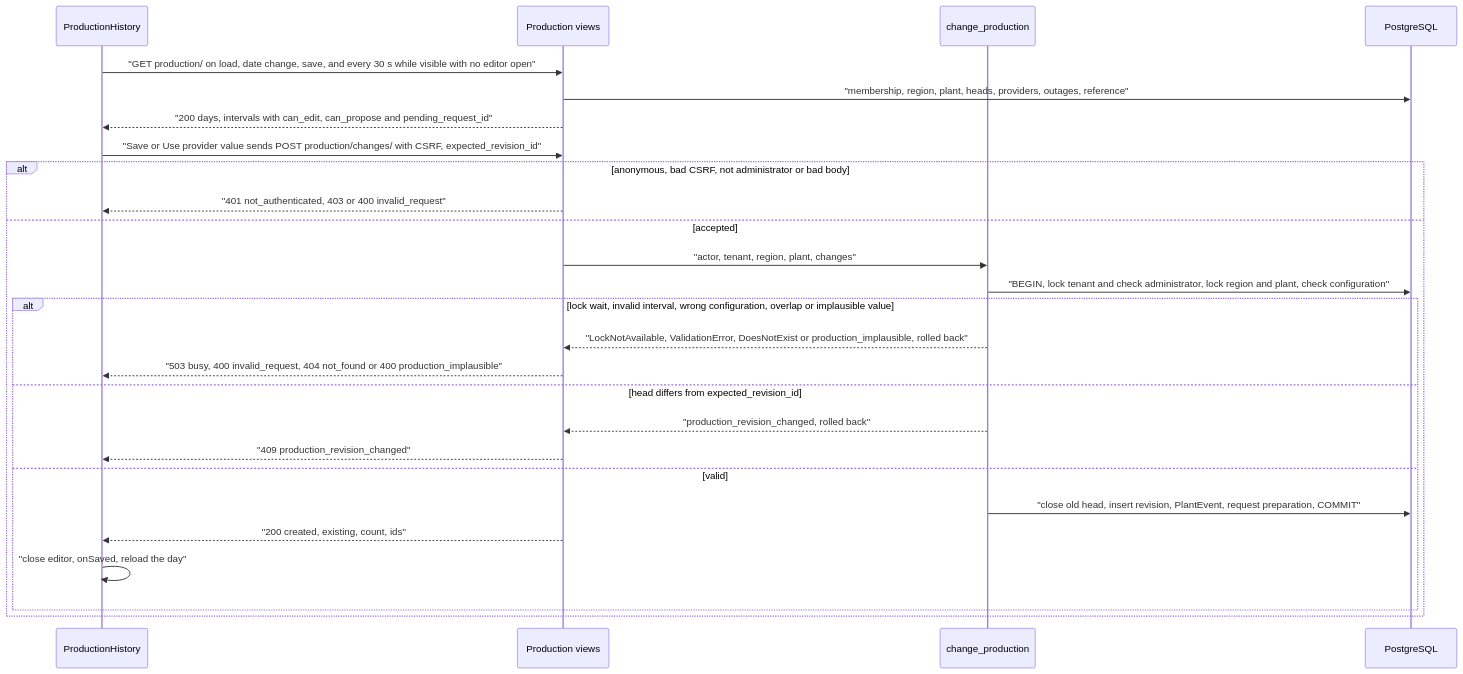
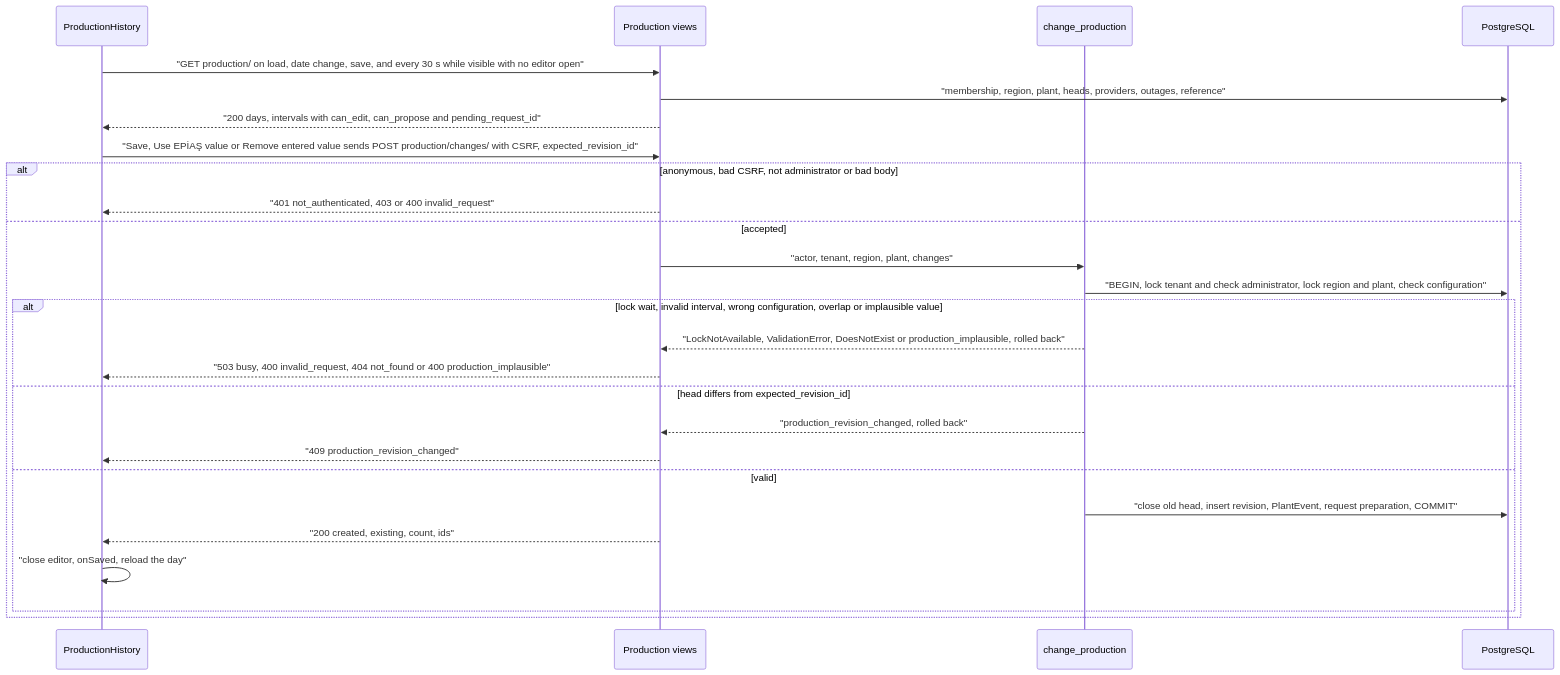
One commit to erkurtharun/pyracast changed the diagram in docs/flows/production-history.md. Above: the diagram before and after it, drawn with Mermaid. The commit also changed other lines of this file and 52 other files, not shown here.

First line of the commit message:
Bring the flow pages up to date with the session, forecast and mail changes (#200)

````diff
--- a/docs/flows/production-history.md
+++ b/docs/flows/production-history.md
@@ -14,28 +14,28 @@
 ```mermaid
 sequenceDiagram
     participant UI as ProductionHistory
     participant API as Production views
     participant Op as change_production
     participant DB as PostgreSQL
     UI->>API: "GET production/ on load, date change, save, and every 30 s while visible with no editor open"
     API->>DB: "membership, region, plant, heads, providers, outages, reference"
     API-->>UI: "200 days, intervals with can_edit, can_propose and pending_request_id"
-    UI->>API: "Save or Use provider value sends POST production/changes/ with CSRF, expected_revision_id"
+    UI->>API: "Save, Use EPİAŞ value or Remove entered value sends POST production/changes/ with CSRF, expected_revision_id"
     alt anonymous, bad CSRF, not administrator or bad body
         API-->>UI: "401 not_authenticated, 403 or 400 invalid_request"
     else accepted
         API->>Op: "actor, tenant, region, plant, changes"
         Op->>DB: "BEGIN, lock tenant and check administrator, lock region and plant, check configuration"
         alt lock wait, invalid interval, wrong configuration, overlap or implausible value
             Op-->>API: "LockNotAvailable, ValidationError, DoesNotExist or production_implausible, rolled back"
             API-->>UI: "503 busy, 400 invalid_request, 404 not_found or 400 production_implausible"
         else head differs from expected_revision_id
             Op-->>API: "production_revision_changed, rolled back"
             API-->>UI: "409 production_revision_changed"
         else valid
             Op->>DB: "close old head, insert revision, PlantEvent, request preparation, COMMIT"
             API-->>UI: "200 created, existing, count, ids"
             UI->>UI: "close editor, onSaved, reload the day"
         end
     end
 ```
````
